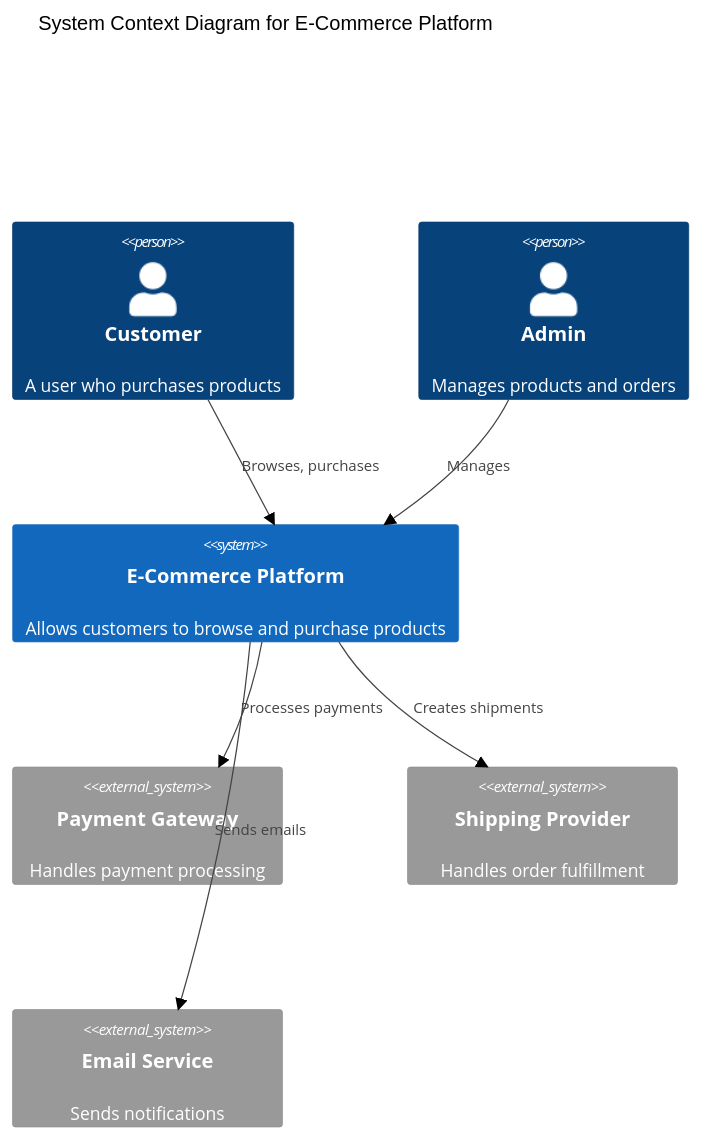
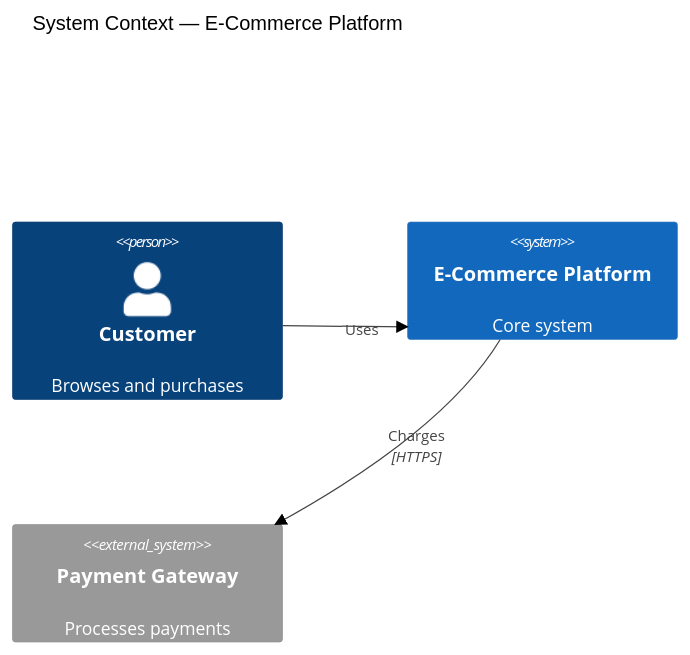
The first of 8 diagrams in skills/loom-diagramming/SKILL.md (cosmix/loom), drawn with Mermaid (neutral theme) before and after one commit. The commit also changed other lines of this file and 23 other files, not shown here.

````diff
--- a/skills/loom-diagramming/SKILL.md
+++ b/skills/loom-diagramming/SKILL.md
@@ -117,19 +85,9 @@
 ```mermaid
 C4Context
-    title System Context Diagram for E-Commerce Platform
-
-    Person(customer, "Customer", "A user who purchases products")
-    Person(admin, "Admin", "Manages products and orders")
-
-    System(ecommerce, "E-Commerce Platform", "Allows customers to browse and purchase products")
-
-    System_Ext(payment, "Payment Gateway", "Handles payment processing")
-    System_Ext(shipping, "Shipping Provider", "Handles order fulfillment")
-    System_Ext(email, "Email Service", "Sends notifications")
-
-    Rel(customer, ecommerce, "Browses, purchases")
-    Rel(admin, ecommerce, "Manages")
-    Rel(ecommerce, payment, "Processes payments")
-    Rel(ecommerce, shipping, "Creates shipments")
-    Rel(ecommerce, email, "Sends emails")
+    title System Context — E-Commerce Platform
+    Person(customer, "Customer", "Browses and purchases")
+    System(ecommerce, "E-Commerce Platform", "Core system")
+    System_Ext(payment, "Payment Gateway", "Processes payments")
+    Rel(customer, ecommerce, "Uses")
+    Rel(ecommerce, payment, "Charges", "HTTPS")
 ```
````
